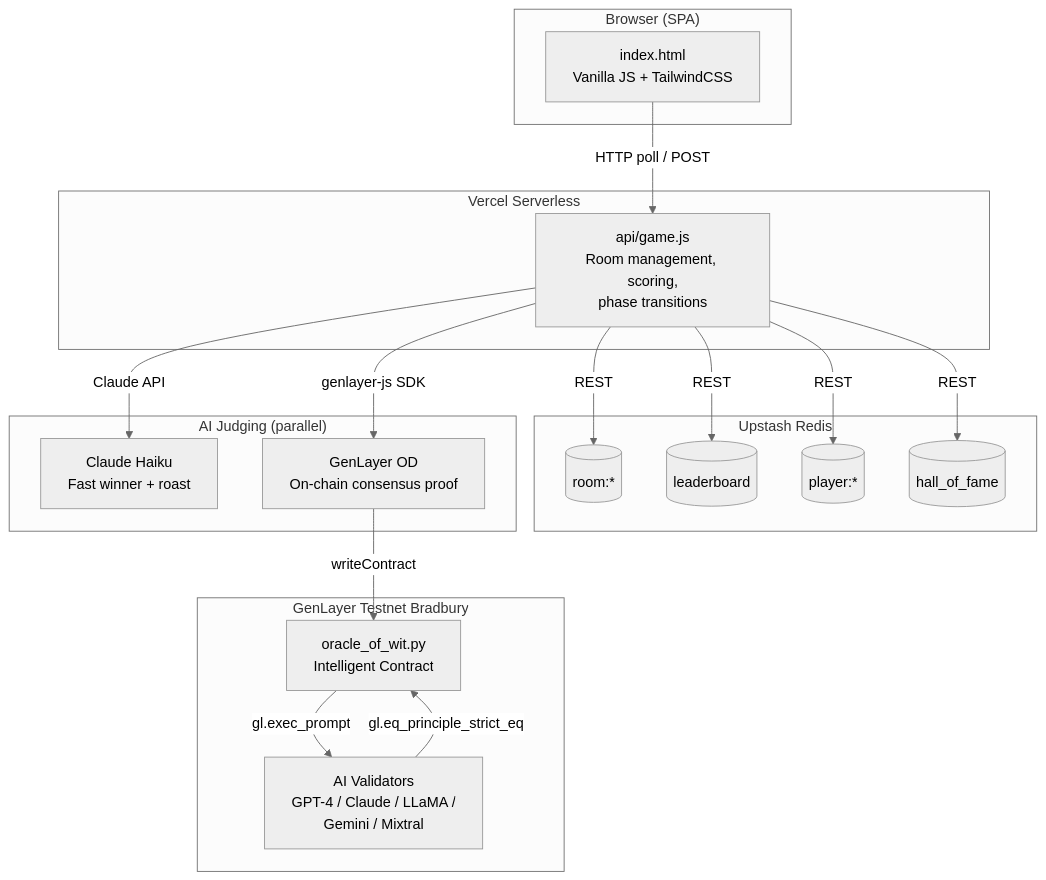
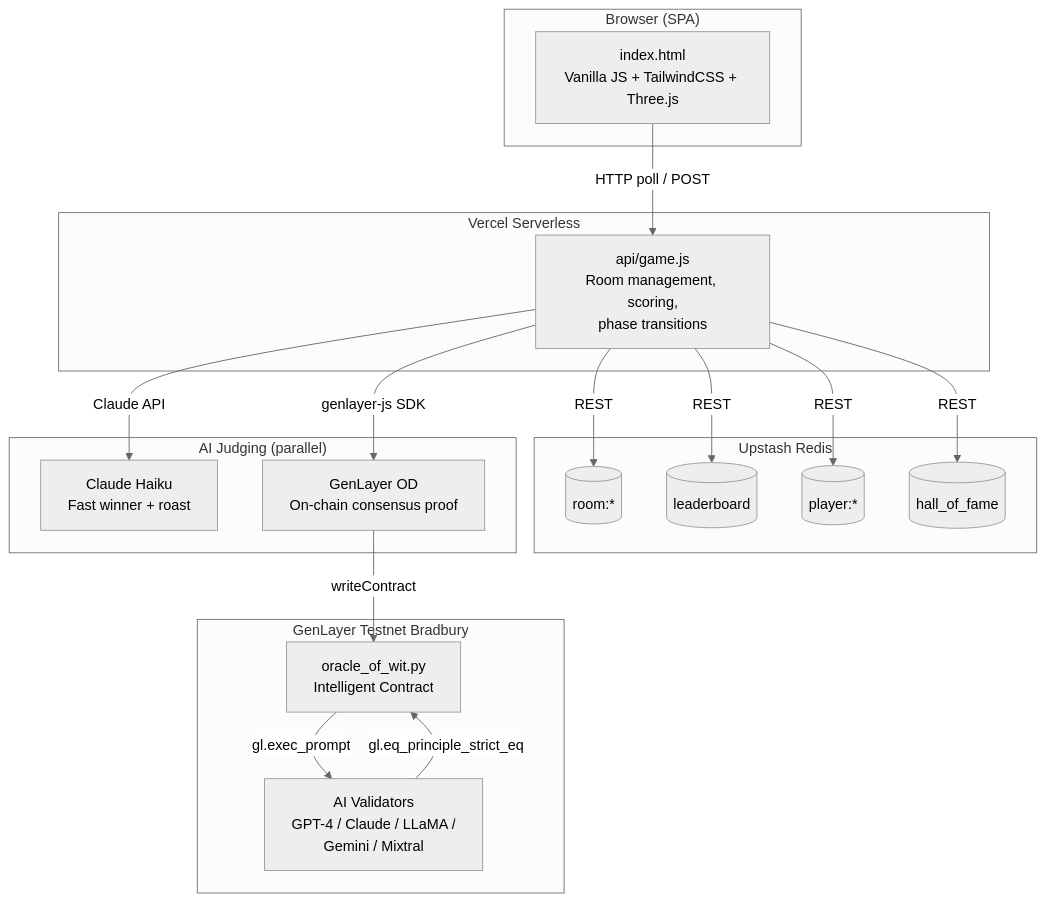
Before and after one commit to Ridwannurudeen/oracle-of-wit: the diagram in README.md, drawn with Mermaid (neutral theme). The commit also changed other lines of this file and 11 other files, not shown here.

````diff
--- a/README.md
+++ b/README.md
@@ -44,38 +125,38 @@
 ```mermaid
 flowchart TB
     subgraph Client ["Browser (SPA)"]
-        UI[index.html<br/>Vanilla JS + TailwindCSS]
+        UI[index.html<br/>Vanilla JS + TailwindCSS + Three.js]
     end
 
     subgraph Vercel ["Vercel Serverless"]
         API[api/game.js<br/>Room management, scoring,<br/>phase transitions]
     end
 
     subgraph Storage ["Upstash Redis"]
         Rooms[(room:*)]
         LB[(leaderboard)]
         Players[(player:*)]
         HoF[(hall_of_fame)]
     end
 
     subgraph AI ["AI Judging (parallel)"]
         Claude[Claude Haiku<br/>Fast winner + roast]
         GL[GenLayer OD<br/>On-chain consensus proof]
     end
 
     subgraph GenLayer ["GenLayer Testnet Bradbury"]
         Contract[oracle_of_wit.py<br/>Intelligent Contract]
         Validators[AI Validators<br/>GPT-4 / Claude / LLaMA /<br/>Gemini / Mixtral]
     end
 
     UI -- "HTTP poll / POST" --> API
     API -- "REST" --> Rooms
     API -- "REST" --> LB
     API -- "REST" --> Players
     API -- "REST" --> HoF
     API -- "Claude API" --> Claude
     API -- "genlayer-js SDK" --> GL
     GL -- "writeContract" --> Contract
     Contract -- "gl.exec_prompt" --> Validators
     Validators -- "gl.eq_principle_strict_eq" --> Contract
 ```
````
